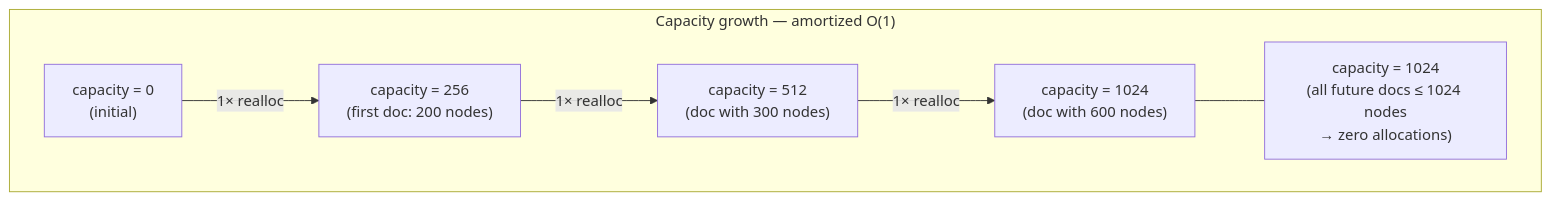
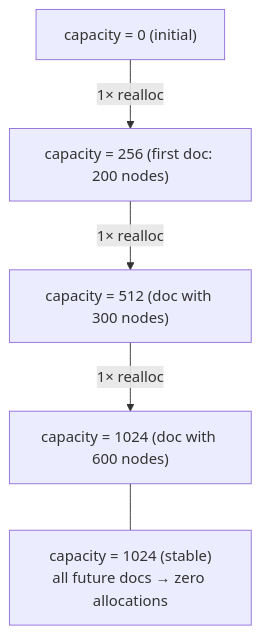
The fourth of 7 diagrams in docs/theory/zero-allocation.md (the-lkb/beast-json), drawn with Mermaid before and after one commit. The commit also changed other lines of this file and 4 other files, not shown here.

````diff
--- a/docs/theory/zero-allocation.md
+++ b/docs/theory/zero-allocation.md
@@ -103,12 +100,13 @@
 ```mermaid
-flowchart LR
-    subgraph GROW["Capacity growth — amortized O(1)"]
-        direction LR
-        G1["capacity = 0\n(initial)"]
-        G2["capacity = 256\n(first doc: 200 nodes)"]
-        G3["capacity = 512\n(doc with 300 nodes)"]
-        G4["capacity = 1024\n(doc with 600 nodes)"]
-        G5["capacity = 1024\n(all future docs ≤ 1024 nodes\n→ zero allocations)"]
-        G1 -->|"1× realloc"| G2 -->|"1× realloc"| G3 -->|"1× realloc"| G4 --- G5
-    end
+flowchart TB
+    G1["capacity = 0 (initial)"]
+    G2["capacity = 256 (first doc: 200 nodes)"]
+    G3["capacity = 512 (doc with 300 nodes)"]
+    G4["capacity = 1024 (doc with 600 nodes)"]
+    G5["capacity = 1024 (stable)<br/>all future docs → zero allocations"]
+
+    G1 -->|"1× realloc"| G2
+    G2 -->|"1× realloc"| G3
+    G3 -->|"1× realloc"| G4
+    G4 --- G5
 ```
````
